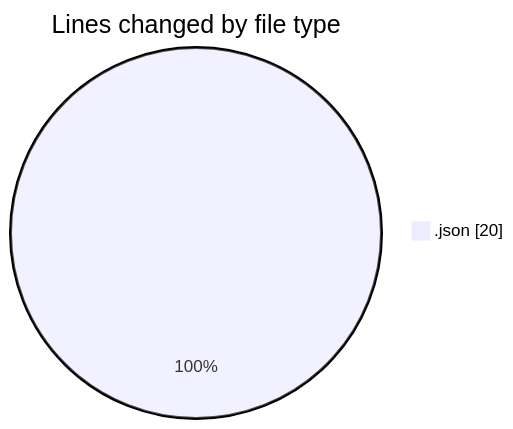
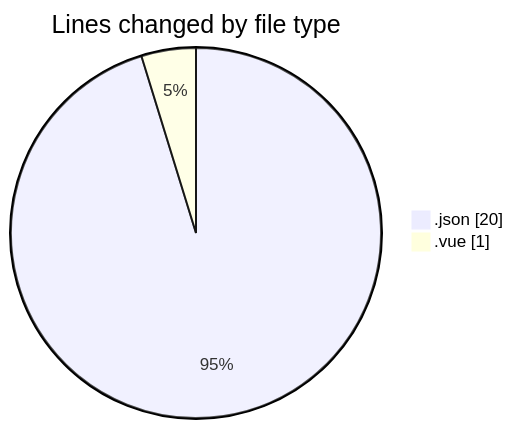
Before and after one commit to BS-eng2023/code-tracking: the first of 2 diagrams in 2025-03-26/new-app/README.md, drawn with Mermaid. The commit also changed other lines of this file and 1 other file, not shown here.

````diff
--- a/2025-03-26/new-app/README.md
+++ b/2025-03-26/new-app/README.md
@@ -20,5 +21,6 @@
 ```mermaid
 pie showData
 title Lines changed by file type
 ".json" : 20
+".vue" : 1
 ```
````
